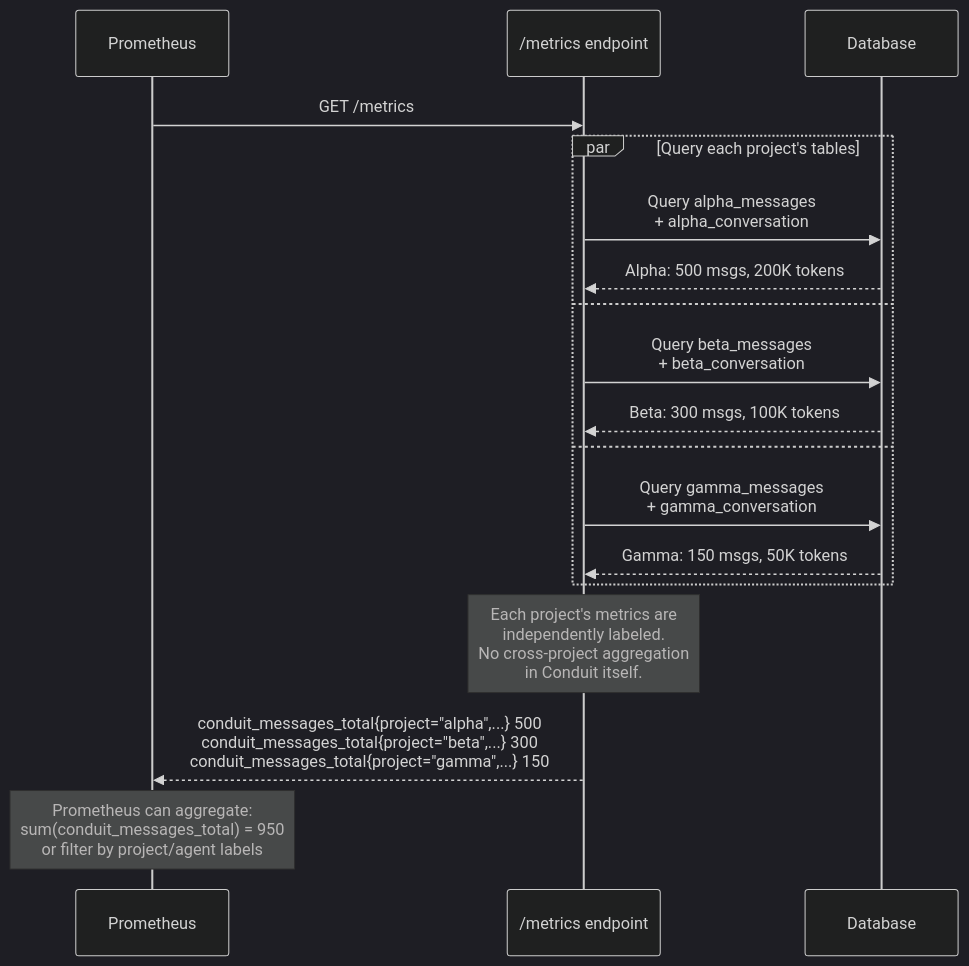
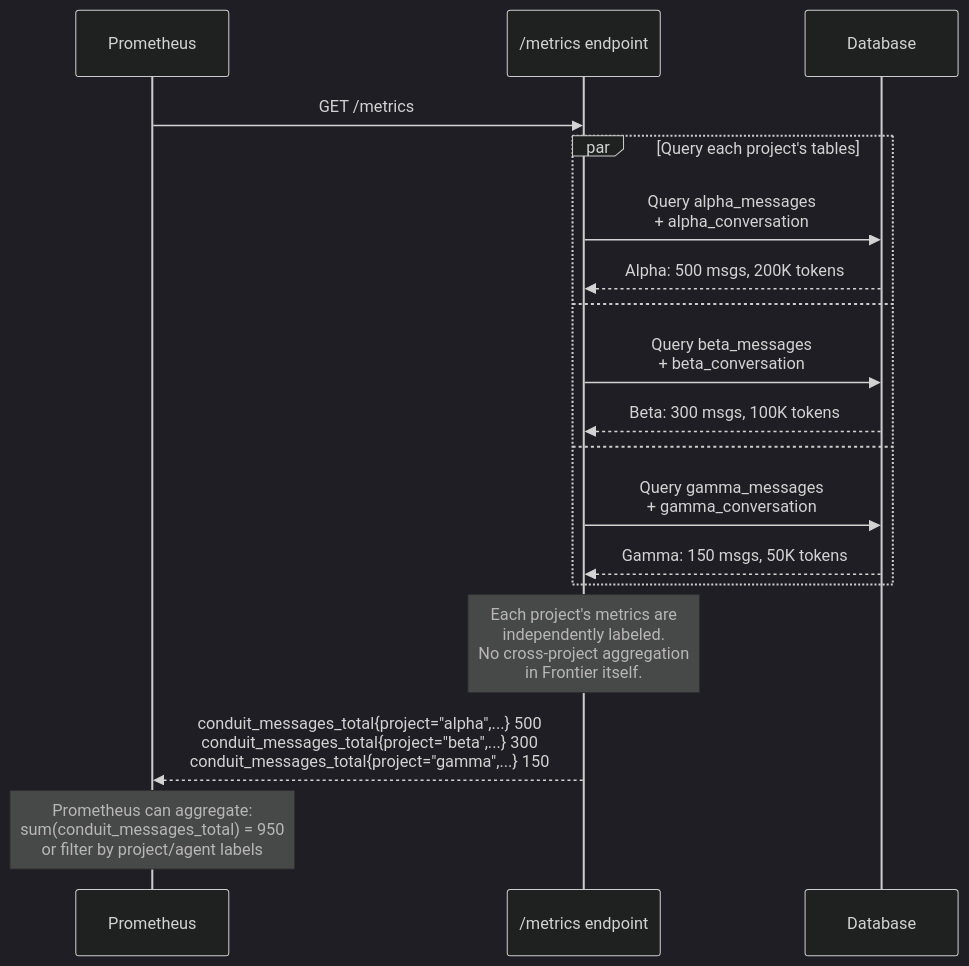
The sixth of 8 diagrams in docs/feature/metrics-tracking-feature.md (sweiyang/frontier), drawn with Mermaid (dark theme) before and after one commit. The commit also changed other lines of this file and 60 other files, not shown here.

````diff
--- a/docs/feature/metrics-tracking-feature.md
+++ b/docs/feature/metrics-tracking-feature.md
@@ -396,25 +396,25 @@
 ```mermaid
 sequenceDiagram
     participant P as Prometheus
     participant B as /metrics endpoint
     participant DB as Database
 
     P->>B: GET /metrics
 
     par Query each project's tables
         B->>DB: Query alpha_messages<br/>+ alpha_conversation
         DB-->>B: Alpha: 500 msgs, 200K tokens
     and
         B->>DB: Query beta_messages<br/>+ beta_conversation
         DB-->>B: Beta: 300 msgs, 100K tokens
     and
         B->>DB: Query gamma_messages<br/>+ gamma_conversation
         DB-->>B: Gamma: 150 msgs, 50K tokens
     end
 
-    Note over B: Each project's metrics are<br/>independently labeled.<br/>No cross-project aggregation<br/>in Conduit itself.
+    Note over B: Each project's metrics are<br/>independently labeled.<br/>No cross-project aggregation<br/>in Frontier itself.
 
     B-->>P: conduit_messages_total{project="alpha",...} 500<br/>conduit_messages_total{project="beta",...} 300<br/>conduit_messages_total{project="gamma",...} 150
 
     Note over P: Prometheus can aggregate:<br/>sum(conduit_messages_total) = 950<br/>or filter by project/agent labels
 ```
````
